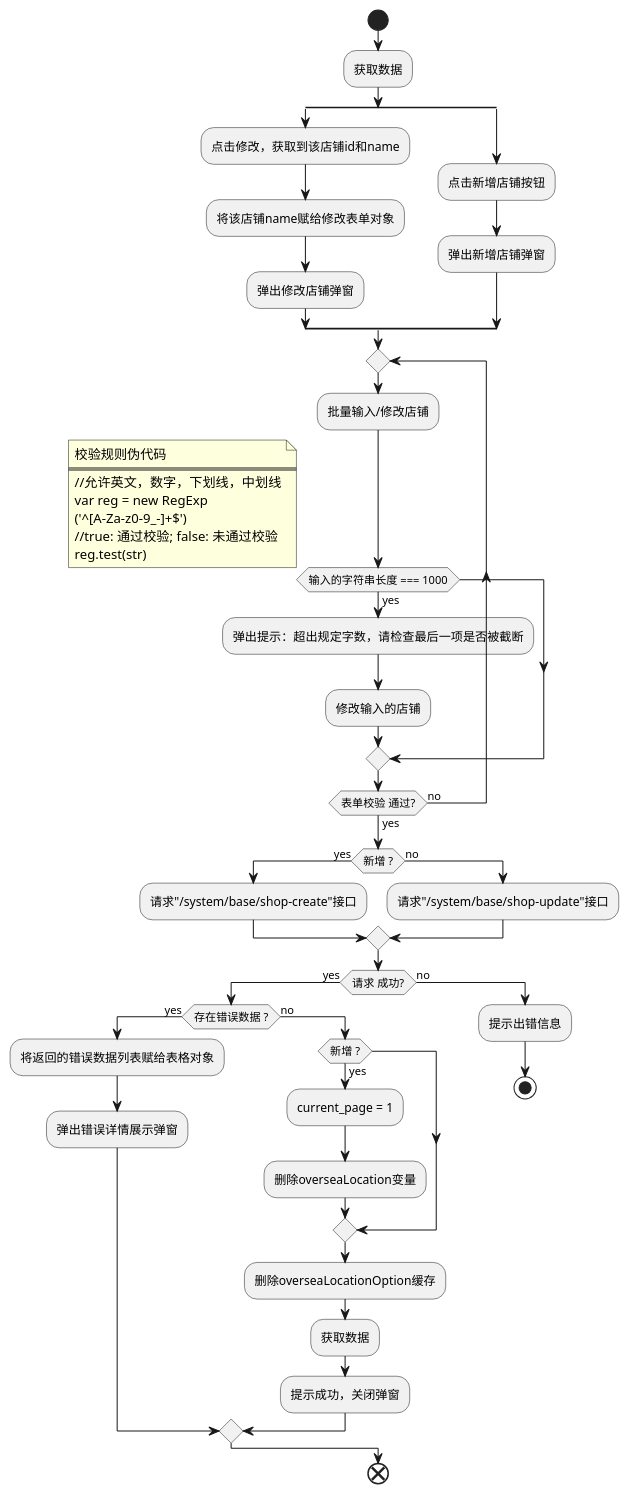
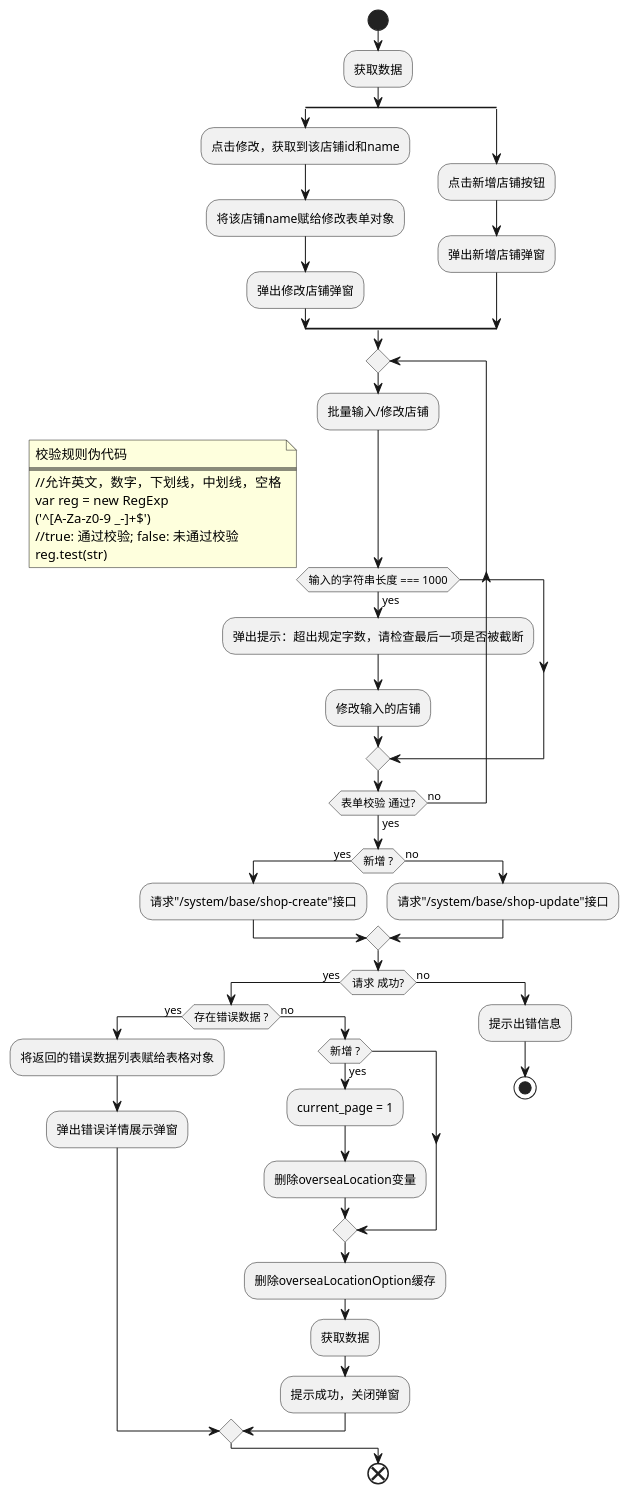
The diagram in docs/development-flow-diagram.puml/system/get-shop-list.puml (futurekidult/lis), drawn with PlantUML before and after one commit. The commit also changed 5 other files, not shown here.

```diff
--- a/docs/development-flow-diagram.puml/system/get-shop-list.puml
+++ b/docs/development-flow-diagram.puml/system/get-shop-list.puml
@@ -1,53 +1,53 @@
 @startuml
 
 start
 :获取数据;
 split
   :点击修改，获取到该店铺id和name;
   :将该店铺name赋给修改表单对象;
   :弹出修改店铺弹窗;
 split again
   :点击新增店铺按钮;
   :弹出新增店铺弹窗;
 end split
  repeat
     :批量输入/修改店铺;
     if(输入的字符串长度 === 1000) then (yes)
       :弹出提示：超出规定字数，请检查最后一项是否被截断;
       :修改输入的店铺;
     endif
   repeat while(表单校验 通过?) is (no) not (yes)
   note right 
     校验规则伪代码
     ====
-    //允许英文，数字，下划线，中划线
+    //允许英文，数字，下划线，中划线，空格
     var reg = new RegExp
-    ('^[A-Za-z0-9_-]+$')  
+    ('^[A-Za-z0-9 _-]+$')  
     //true: 通过校验; false: 未通过校验
     reg.test(str)  
   end note
   if(新增 ?) then (yes)
     :请求"/system/base/shop-create"接口;
   else (no)
     :请求"/system/base/shop-update"接口;
   endif
   if(请求 成功?) then (yes)
     if(存在错误数据 ?) then (yes)
       :将返回的错误数据列表赋给表格对象;
       :弹出错误详情展示弹窗;
     else (no)
       if(新增 ?) then (yes)
         :current_page = 1;
         :删除overseaLocation变量;
       endif
        :删除overseaLocationOption缓存;
       :获取数据;
       :提示成功，关闭弹窗;
       endif
   else (no)
     :提示出错信息;
     stop
   endif
 end
 
 @enduml
```
